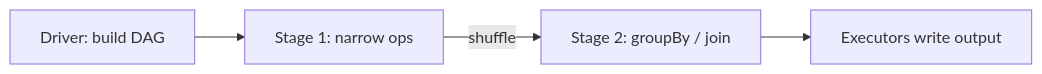
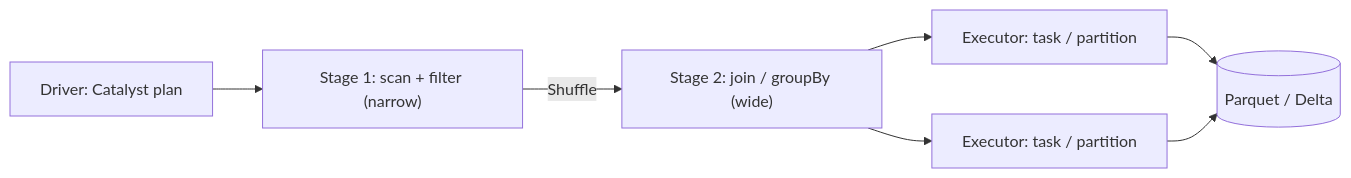
The diagram in src/assets/knowledge/playbooks/data-engineering/spark-fundamentals.md (passion-Infinity/personal-tech-playbook), drawn with Mermaid before and after one commit. The commit also changed other lines of this file and 6 other files, not shown here.

````diff
--- a/src/assets/knowledge/playbooks/data-engineering/spark-fundamentals.md
+++ b/src/assets/knowledge/playbooks/data-engineering/spark-fundamentals.md
@@ -24,6 +41,9 @@
 ```mermaid
 flowchart LR
-    D["Driver: build DAG"] --> S1["Stage 1: narrow ops"]
-    S1 -->|shuffle| S2["Stage 2: groupBy / join"]
-    S2 --> E["Executors write output"]
+    DR["Driver: Catalyst plan"] --> S1["Stage 1: scan + filter (narrow)"]
+    S1 -->|"Shuffle"| S2["Stage 2: join / groupBy (wide)"]
+    S2 --> EX1["Executor: task / partition"]
+    S2 --> EX2["Executor: task / partition"]
+    EX1 --> OUT[("Parquet / Delta")]
+    EX2 --> OUT
 ```
````
